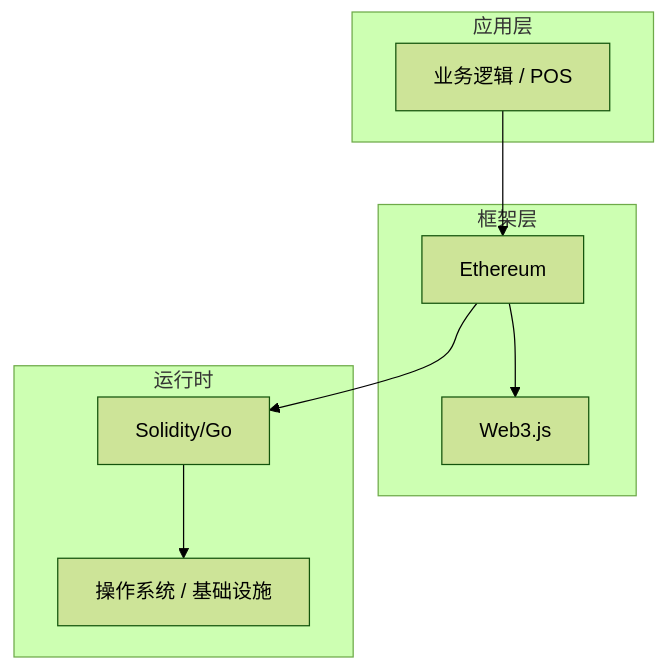
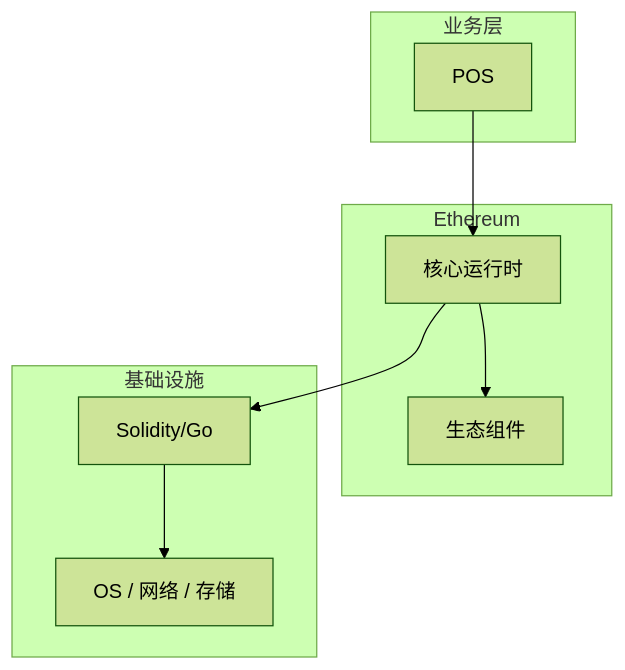
Before and after one commit to yanggan2015/knowledge-json-v2: the diagram in articles/区块链/chapters/021-POS核心概念与原理.md, drawn with Mermaid (forest theme). The commit also changed other lines of this file and 10127 other files, not shown here.

````diff
--- a/articles/区块链/chapters/021-POS核心概念与原理.md
+++ b/articles/区块链/chapters/021-POS核心概念与原理.md
@@ -45,18 +30,18 @@
 ```mermaid
 graph TB
-    subgraph 应用层
-        A[业务逻辑 / POS]
+    subgraph 业务层
+        A[POS]
     end
-    subgraph 框架层
-        B[Ethereum]
-        C[Web3.js]
+    subgraph Ethereum
+        B[核心运行时]
+        C[生态组件]
     end
-    subgraph 运行时
+    subgraph 基础设施
         D[Solidity/Go]
-        E[操作系统 / 基础设施]
+        E[OS / 网络 / 存储]
     end
     A --> B
     B --> C
     B --> D
     D --> E
 ```
````
